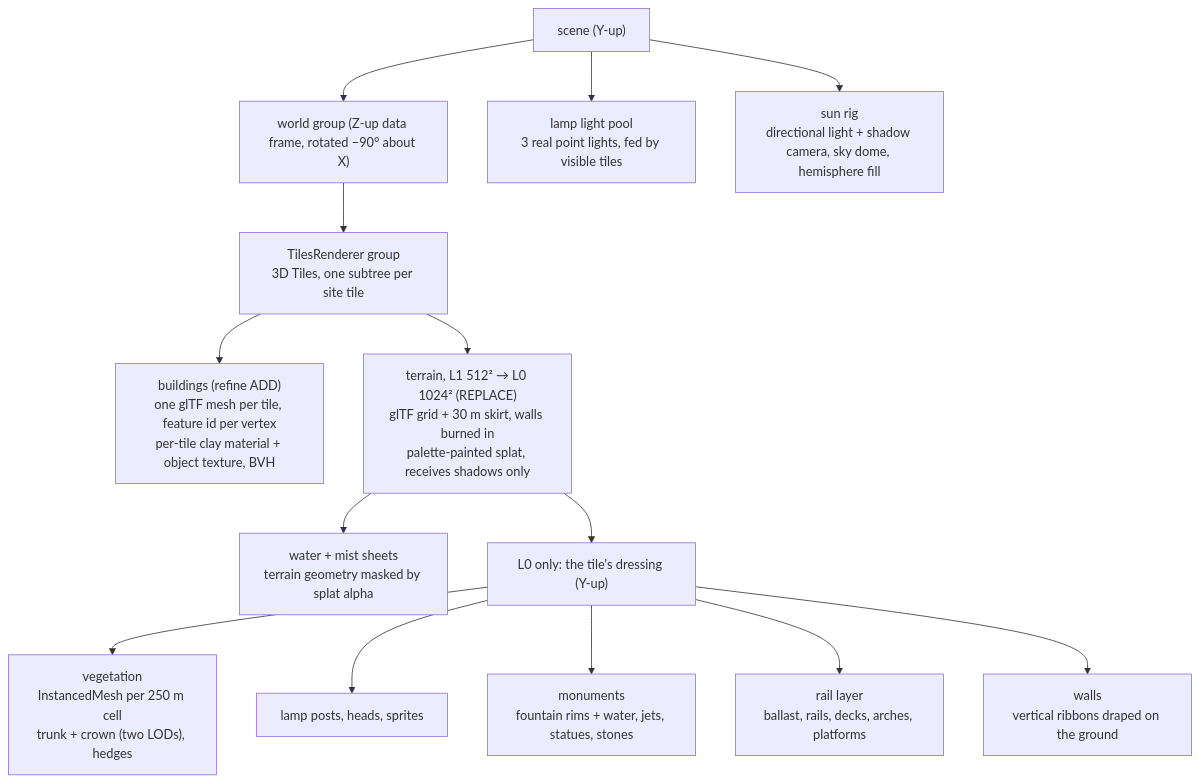
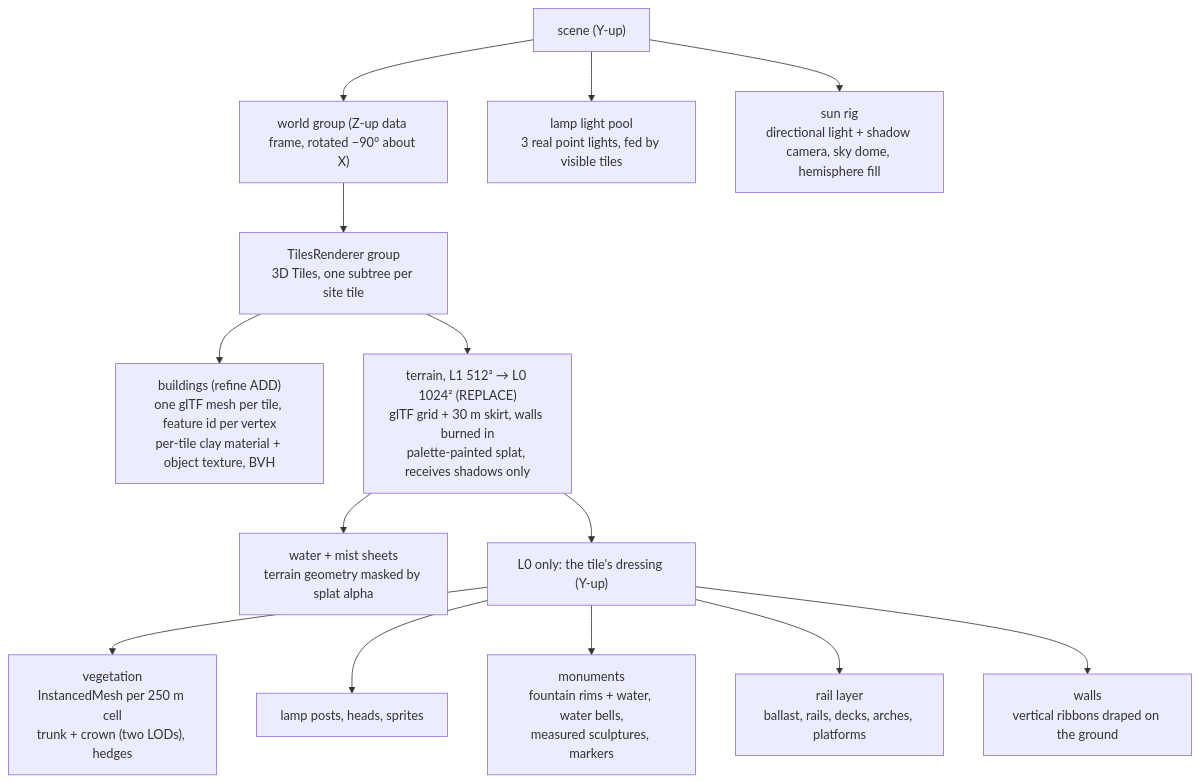
One commit to mdugue/bridge changed the first of 2 diagrams in docs/rendering.md. Above: the diagram before and after it, drawn with Mermaid. The commit also changed other lines of this file and 27 other files, not shown here.

````diff
--- a/docs/rendering.md
+++ b/docs/rendering.md
@@ -25,19 +25,19 @@
 ```mermaid
 flowchart TB
   SCENE["scene (Y-up)"]
   WORLD["world group (Z-up data frame, rotated −90° about X)"]
   TILES["TilesRenderer group<br/>3D Tiles, one subtree per site tile"]
   SCENE --> WORLD
   WORLD --> TILES
   TILES --> CITY["buildings (refine ADD)<br/>one glTF mesh per tile, feature id per vertex<br/>per-tile clay material + object texture, BVH"]
   TILES --> TER["terrain, L1 512² → L0 1024² (REPLACE)<br/>glTF grid + 30 m skirt, walls burned in<br/>palette-painted splat, receives shadows only"]
   TER --> WAT["water + mist sheets<br/>terrain geometry masked by splat alpha"]
   TER --> DRESS["L0 only: the tile's dressing (Y-up)"]
   DRESS --> VEG["vegetation<br/>InstancedMesh per 250 m cell<br/>trunk + crown (two LODs), hedges"]
   DRESS --> LAMP["lamp posts, heads, sprites"]
-  DRESS --> MON["monuments<br/>fountain rims + water, jets, statues, stones"]
+  DRESS --> MON["monuments<br/>fountain rims + water, water bells,<br/>measured sculptures, markers"]
   DRESS --> RAIL["rail layer<br/>ballast, rails, decks, arches, platforms"]
   DRESS --> WALL["walls<br/>vertical ribbons draped on the ground"]
   SCENE --> LIGHTS["lamp light pool<br/>3 real point lights, fed by visible tiles"]
   SCENE --> SUN["sun rig<br/>directional light + shadow camera, sky dome, hemisphere fill"]
 ```
````
